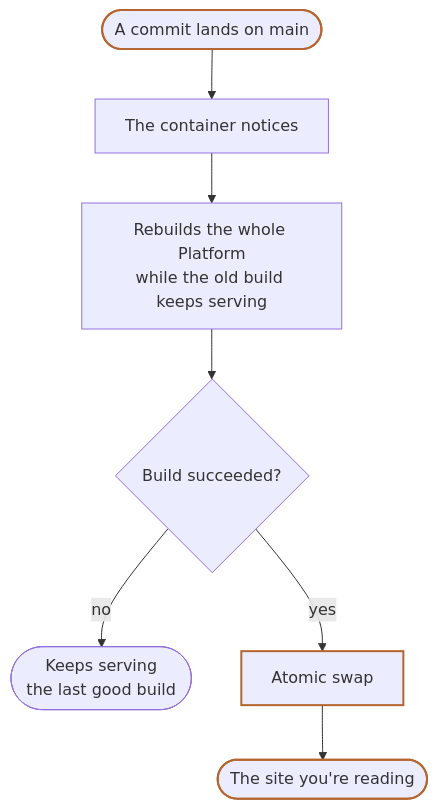
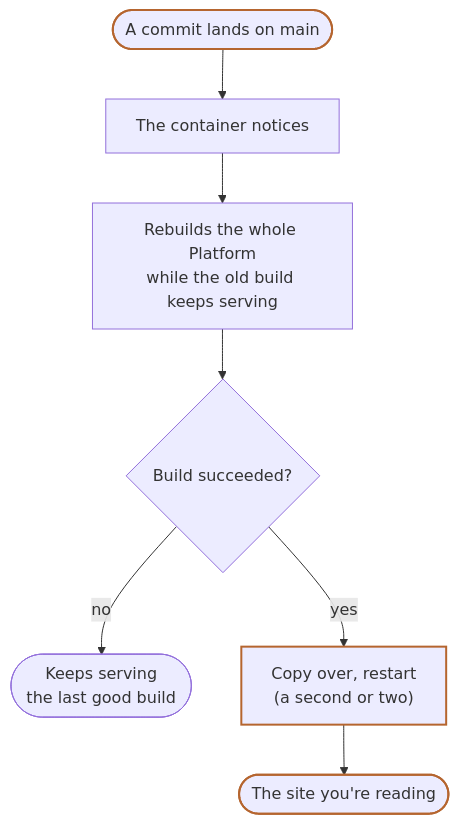
One commit to feffef/terrarium changed the third of 3 diagrams in layers/journal/content/current/pages/architecture.md. Above: the diagram before and after it, drawn with Mermaid. The commit also changed other lines of this file and 3 other files, not shown here.

````diff
--- a/layers/journal/content/current/pages/architecture.md
+++ b/layers/journal/content/current/pages/architecture.md
@@ -174,12 +174,12 @@
 ```mermaid
 graph TB
   Push(["A commit lands on main"]) --> Poll["The container notices"]
   Poll --> Build["Rebuilds the whole Platform<br/>while the old build keeps serving"]
   Build --> Ok{"Build succeeded?"}
   Ok -->|no| Keep(["Keeps serving<br/>the last good build"])
-  Ok -->|yes| Swap["Atomic swap"]
+  Ok -->|yes| Swap["Copy over, restart<br/>(a second or two)"]
   Swap --> Live(["The site you're reading"])
 
   classDef routine stroke:#b5652f,stroke-width:2px;
   class Push,Swap,Live routine;
 ```
````
